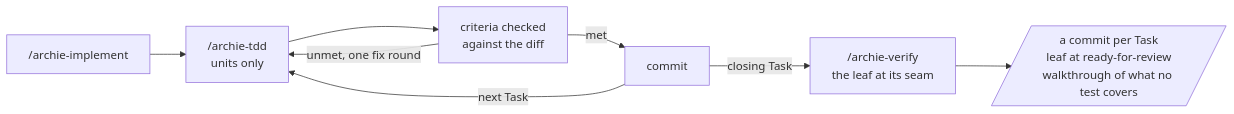
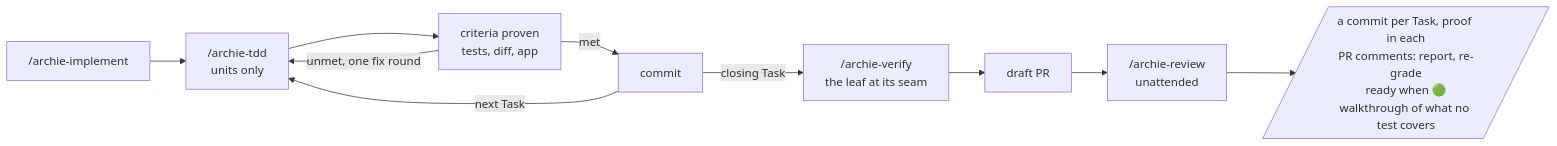
Before and after one commit to OvidiuGuta/archie-skills: the fifth of 6 diagrams in README.md, drawn with Mermaid. The commit also changed other lines of this file and 11 other files, not shown here.

````diff
--- a/README.md
+++ b/README.md
@@ -67,10 +67,11 @@
 ```mermaid
 flowchart LR
   IM["/archie-implement"] --> TD["/archie-tdd<br/>units only"]
-  TD --> CR["criteria checked<br/>against the diff"]
+  TD --> CR["criteria proven<br/>tests, diff, app"]
   CR -- "unmet, one fix round" --> TD
   CR -- "met" --> CM["commit"]
   CM -- "next Task" --> TD
   CM -- "closing Task" --> VF["/archie-verify<br/>the leaf at its seam"]
-  VF --> T3[/"a commit per Task<br/>leaf at ready-for-review<br/>walkthrough of what no test covers"/]
+  VF --> PR["draft PR"] --> RU["/archie-review<br/>unattended"]
+  RU --> T3[/"a commit per Task, proof in each<br/>PR comments: report, re-grade<br/>ready when 🟢<br/>walkthrough of what no test covers"/]
 ```
````
